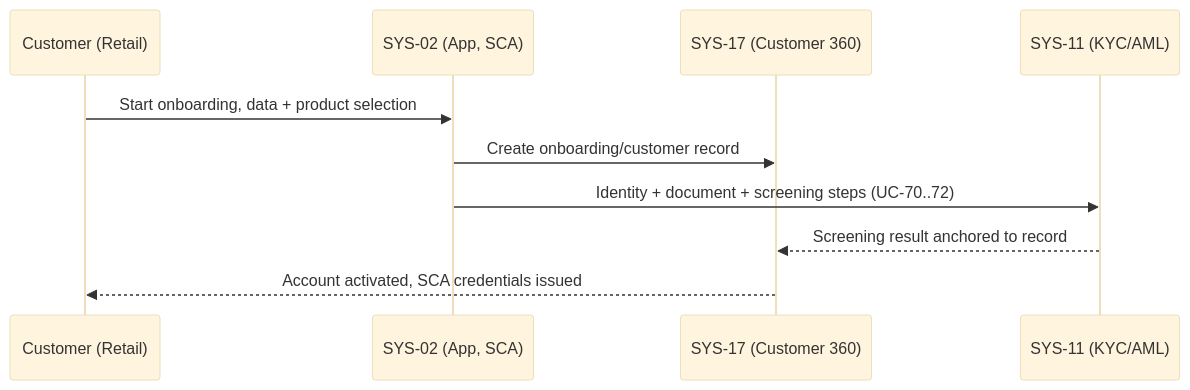
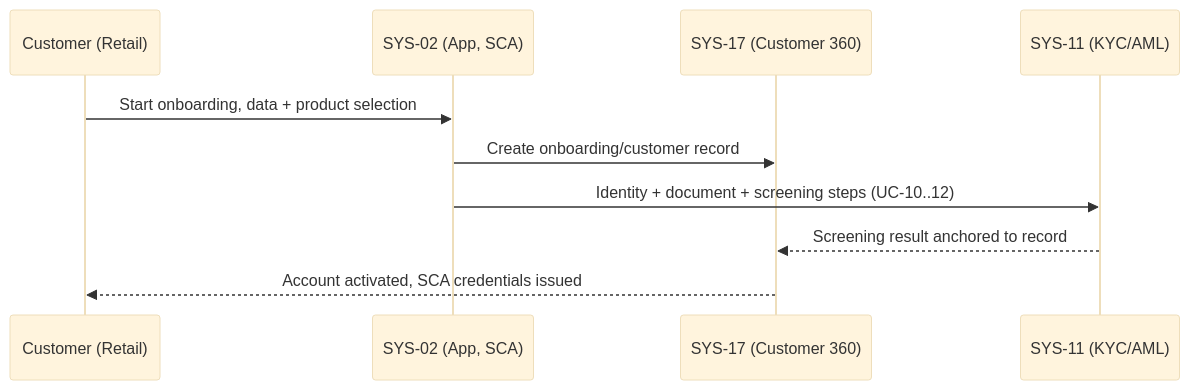
Before and after one commit to pauloribeiro16/Methodology_compact: the ninth of 33 diagrams in 02_CASES/Case_03_OmniBank_Financial/03_PHASE3_DECOMPOSITION/annexes/B_Sequence_Diagrams.md, drawn with Mermaid (base theme). The commit also changed other lines of this file and 23 other files, not shown here.

````diff
--- a/02_CASES/Case_03_OmniBank_Financial/03_PHASE3_DECOMPOSITION/annexes/B_Sequence_Diagrams.md
+++ b/02_CASES/Case_03_OmniBank_Financial/03_PHASE3_DECOMPOSITION/annexes/B_Sequence_Diagrams.md
@@ -146,12 +148,12 @@
 ```mermaid
 sequenceDiagram
     participant C as Customer (Retail)
     participant APP as SYS-02 (App, SCA)
     participant CRM as SYS-17 (Customer 360)
     participant F as SYS-11 (KYC/AML)
     C->>APP: Start onboarding, data + product selection
     APP->>CRM: Create onboarding/customer record
-    APP->>F: Identity + document + screening steps (UC-70..72)
+    APP->>F: Identity + document + screening steps (UC-10..12)
     F-->>CRM: Screening result anchored to record
     CRM-->>C: Account activated, SCA credentials issued
 ```
````
